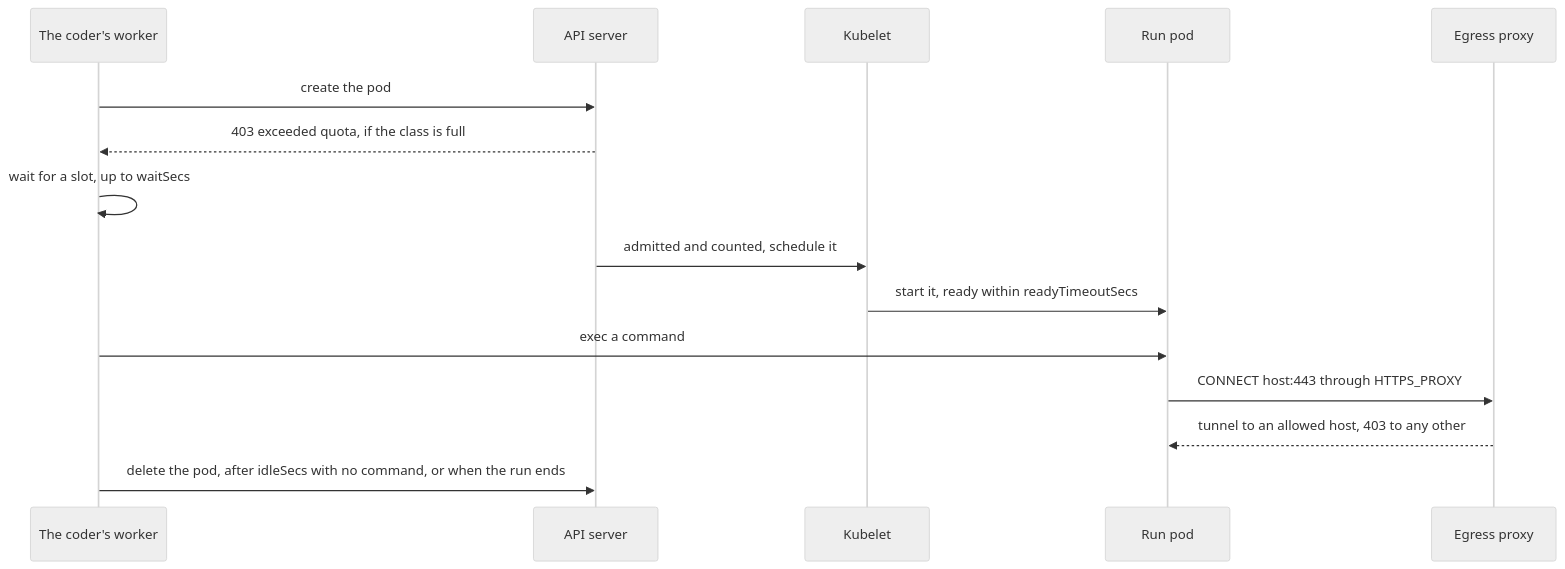
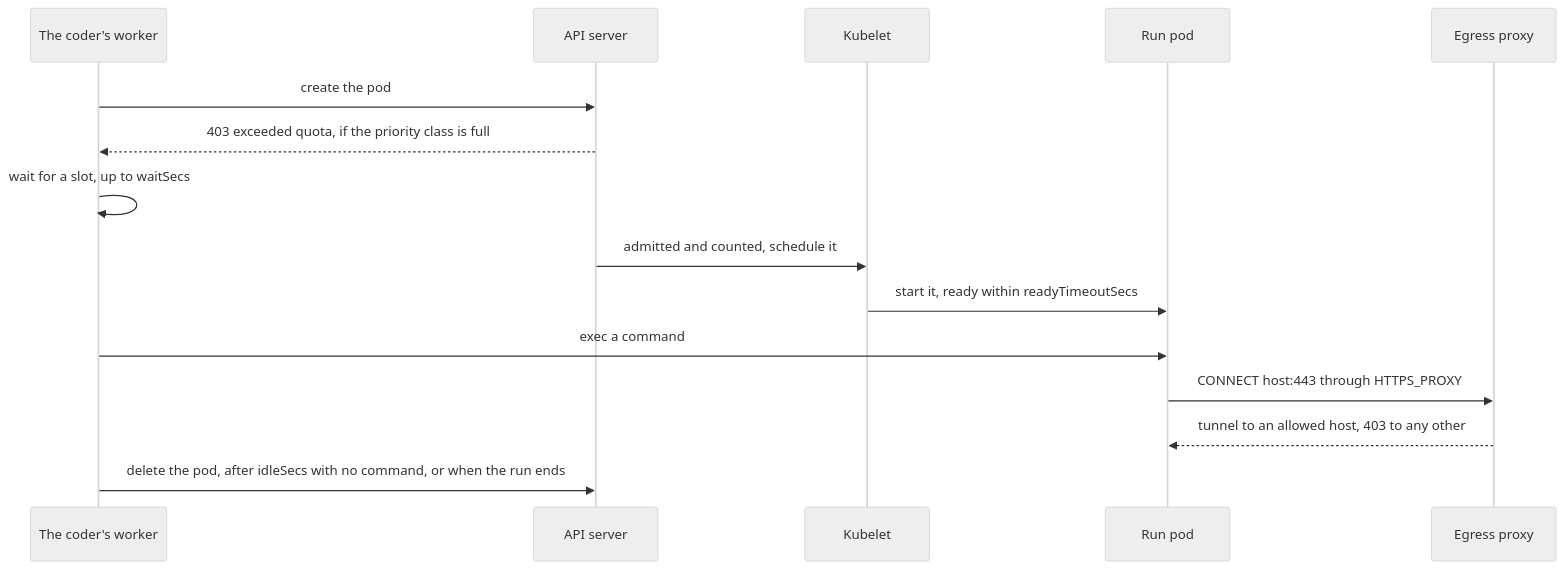
One commit to vymalo/another-agentic-platform changed the third of 4 diagrams in docs/guides/deploy/run-pods.md. Above: the diagram before and after it, drawn with Mermaid (neutral theme). The commit also changed other lines of this file and 3 other files, not shown here.

````diff
--- a/docs/guides/deploy/run-pods.md
+++ b/docs/guides/deploy/run-pods.md
@@ -90,17 +144,17 @@
 ```mermaid
 sequenceDiagram
   participant W as The coder's worker
   participant K as API server
   participant L as Kubelet
   participant R as Run pod
   participant X as Egress proxy
   W->>K: create the pod
-  K-->>W: 403 exceeded quota, if the class is full
+  K-->>W: 403 exceeded quota, if the priority class is full
   W->>W: wait for a slot, up to waitSecs
   K->>L: admitted and counted, schedule it
   L->>R: start it, ready within readyTimeoutSecs
   W->>R: exec a command
   R->>X: CONNECT host:443 through HTTPS_PROXY
   X-->>R: tunnel to an allowed host, 403 to any other
   W->>K: delete the pod, after idleSecs with no command, or when the run ends
 ```
````
